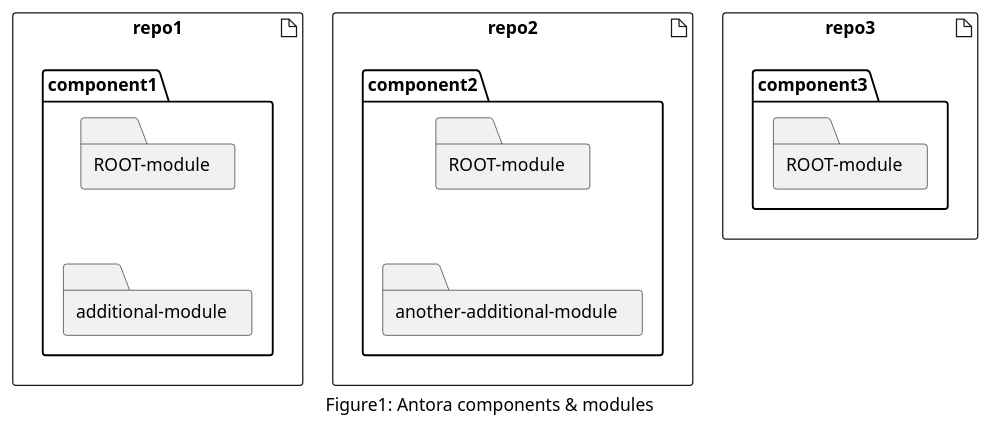
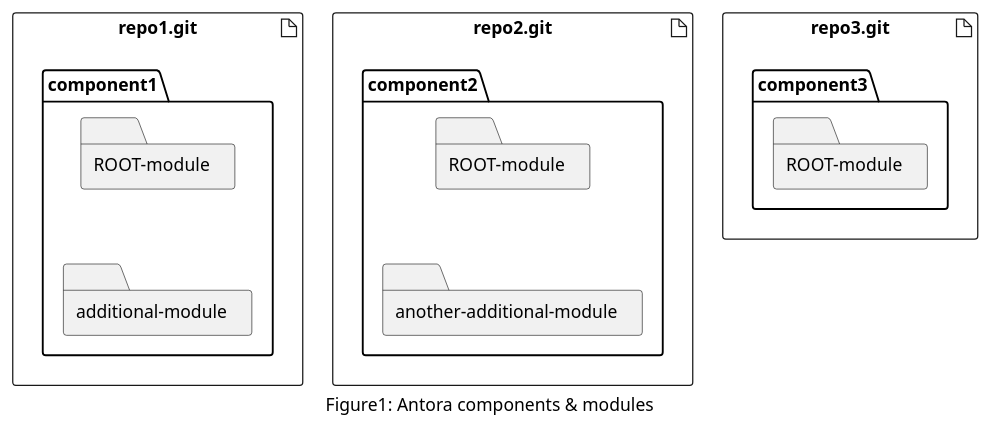
One commit to anoff/blog changed the diagram in _posts/2019-02-11-antora-first-steps.adoc. Above: the diagram before and after it, drawn with PlantUML. The commit also changed other lines of this file, not shown here.

```diff
--- a/_posts/2019-02-11-antora-first-steps.adoc
+++ b/_posts/2019-02-11-antora-first-steps.adoc
@@ -37,24 +37,24 @@
 [plantuml, antora-abstractions, png]
 ....
 caption Figure1: Antora components & modules
 skinparam monochrome true
-artifact repo1 {
+artifact repo1.git {
   package component1 {
     folder "ROOT-module" as rm1
     folder "additional-module" as am1
   }
   rm1 -[hidden]down- am1
 }
-artifact repo2 {
+artifact repo2.git {
   package component2 {
     folder "ROOT-module" as rm2
     folder "another-additional-module" as am2
   }
   rm2 -[hidden]down- am2
 }
-artifact repo3 {
+artifact repo3.git {
   package component3 {
     folder "ROOT-module" as rm3
   }
 }
 ....
```
